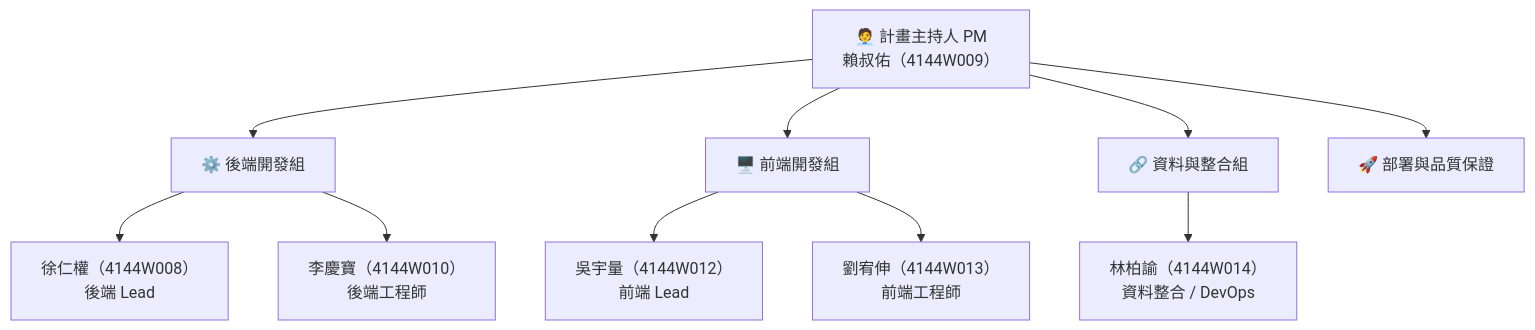
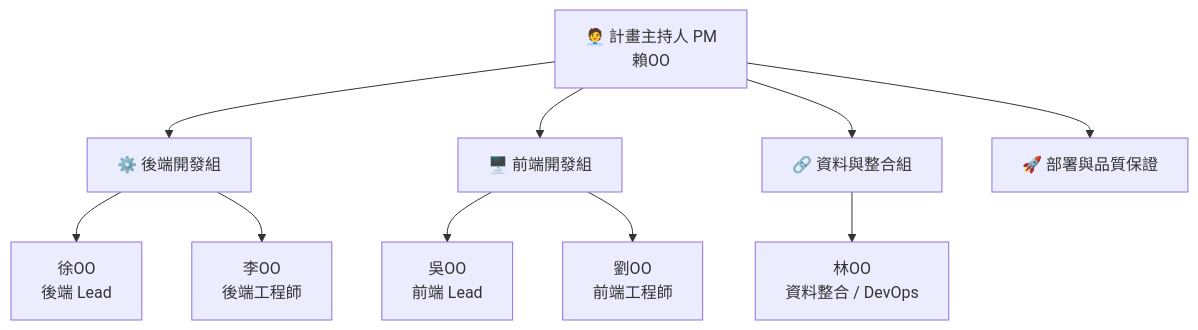
The first of 2 diagrams in report.md (leecheenbao/tripeak-b2b), drawn with Mermaid before and after one commit. The commit also changed other lines of this file, not shown here.

````diff
--- a/report.md
+++ b/report.md
@@ -89,17 +89,17 @@
 ```mermaid
 graph TD
-    PM["🧑‍💼 計畫主持人 PM<br/>賴叔佑（4144W009）"]
+    PM["🧑‍💼 計畫主持人 PM<br/>賴OO"]
 
     PM --> BE["⚙️ 後端開發組"]
     PM --> FE["🖥️ 前端開發組"]
     PM --> DI["🔗 資料與整合組"]
     PM --> QA["🚀 部署與品質保證"]
 
-    BE --> BE1["徐仁權（4144W008）<br/>後端 Lead"]
-    BE --> BE2["李慶寶（4144W010）<br/>後端工程師"]
+    BE --> BE1["徐OO<br/>後端 Lead"]
+    BE --> BE2["李OO<br/>後端工程師"]
 
-    FE --> FE1["吳宇量（4144W012）<br/>前端 Lead"]
-    FE --> FE2["劉宥伸（4144W013）<br/>前端工程師"]
+    FE --> FE1["吳OO<br/>前端 Lead"]
+    FE --> FE2["劉OO<br/>前端工程師"]
 
-    DI --> DI1["林柏諭（4144W014）<br/>資料整合 / DevOps"]
+    DI --> DI1["林OO<br/>資料整合 / DevOps"]
 ```
````
